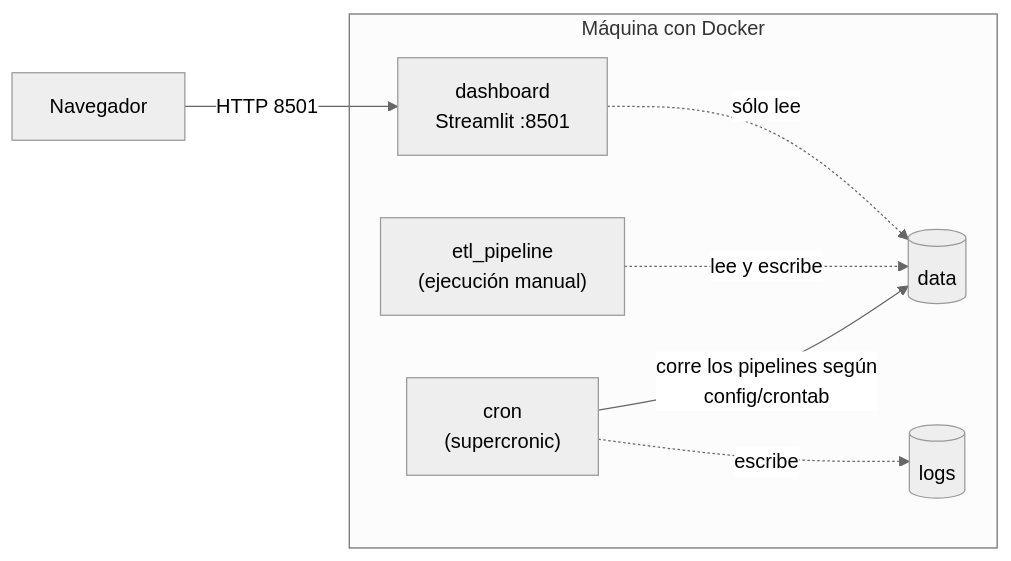
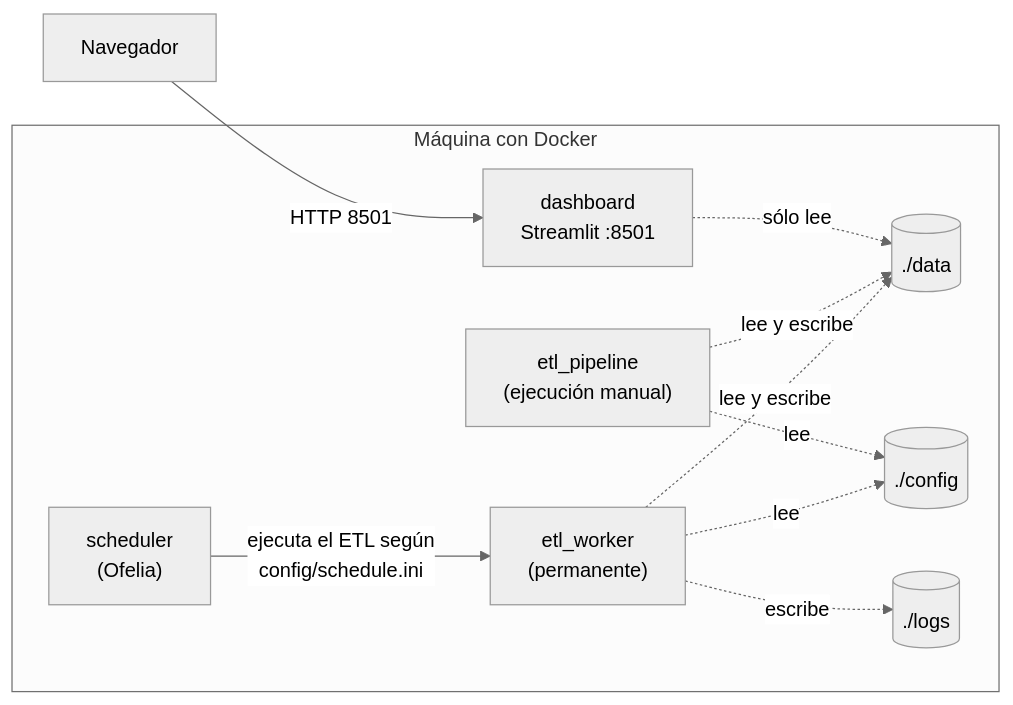
One commit to marcoeferro/SYNGAS-OPTIMIA-HV changed the diagram in docs/04_arquitectura/despliegue.md. Above: the diagram before and after it, drawn with Mermaid (neutral theme). The commit also changed other lines of this file and 194 other files, not shown here.

````diff
--- a/docs/04_arquitectura/despliegue.md
+++ b/docs/04_arquitectura/despliegue.md
@@ -9,15 +9,20 @@
 ```mermaid
 graph LR
     subgraph Host["Máquina con Docker"]
-        CRON["cron<br/>(supercronic)"]
+        SCH["scheduler<br/>(Ofelia)"]
+        W["etl_worker<br/>(permanente)"]
         J["etl_pipeline<br/>(ejecución manual)"]
         DASH["dashboard<br/>Streamlit :8501"]
-        V1[("data")]
-        V3[("logs")]
+        V1[("./data")]
+        V2[("./config")]
+        V3[("./logs")]
     end
     U[Navegador] -->|HTTP 8501| DASH
-    CRON -->|"corre los pipelines según<br/>config/crontab"| V1
+    SCH -->|"ejecuta el ETL según<br/>config/schedule.ini"| W
+    W -.lee y escribe.-> V1
     J -.lee y escribe.-> V1
-    CRON -.escribe.-> V3
+    W -.lee.-> V2
+    J -.lee.-> V2
+    W -.escribe.-> V3
     DASH -.sólo lee.-> V1
 ```
````
